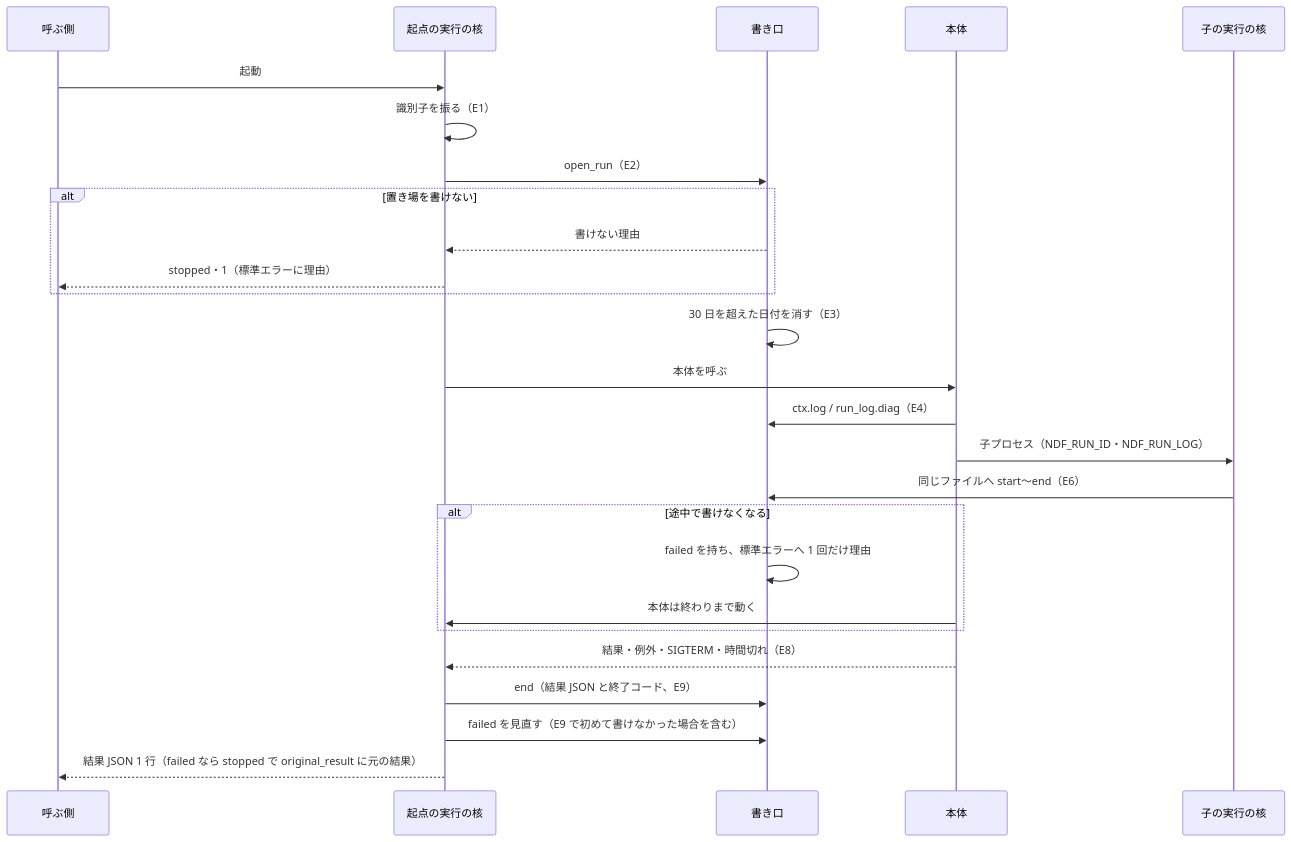
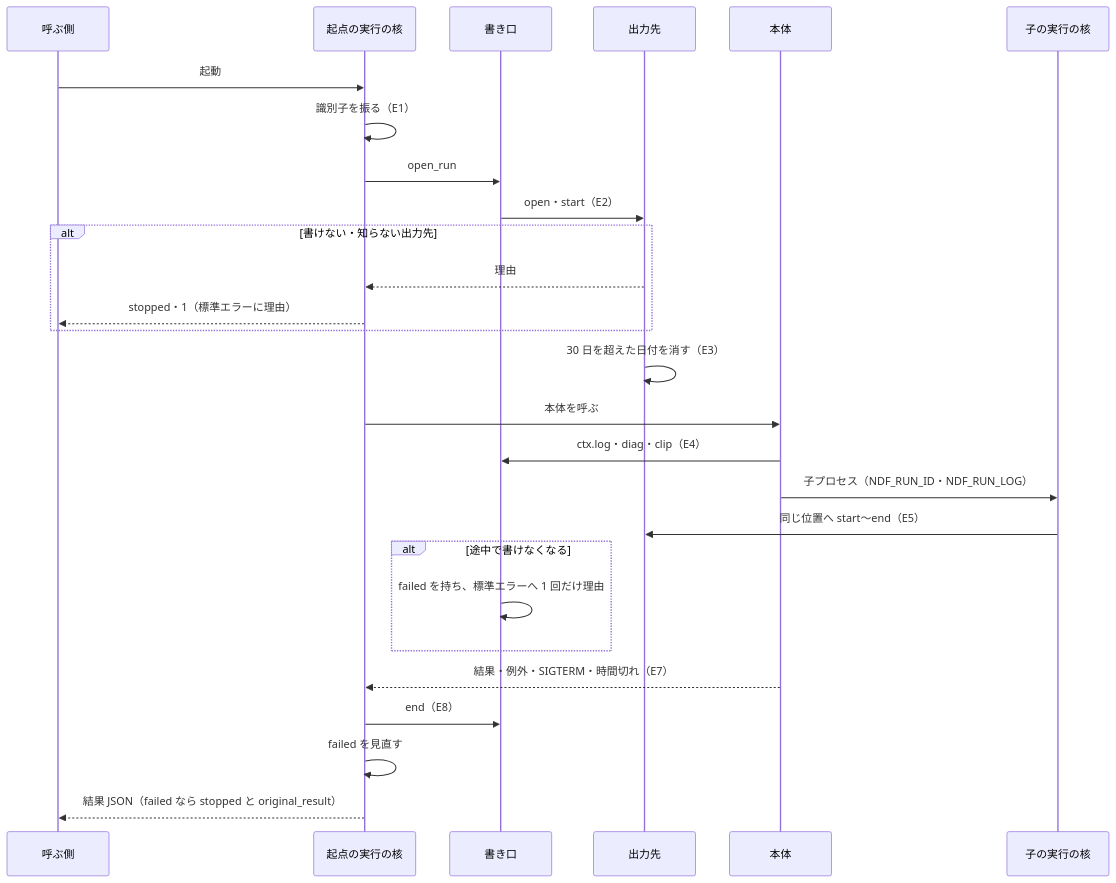
One commit to devbasex/ai-plugins changed the fourth of 5 diagrams in issues/issue-2338-design.md. Above: the diagram before and after it, drawn with Mermaid. The commit also changed other lines of this file and 1 other file, not shown here.

````diff
--- a/issues/issue-2338-design.md
+++ b/issues/issue-2338-design.md
@@ -318,28 +389,29 @@
 ```mermaid
 sequenceDiagram
     participant C as 呼ぶ側
     participant K as 起点の実行の核
     participant W as 書き口
+    participant F as 出力先
     participant B as 本体
     participant S as 子の実行の核
     C->>K: 起動
     K->>K: 識別子を振る（E1）
-    K->>W: open_run（E2）
-    alt 置き場を書けない
-        W-->>K: 書けない理由
+    K->>W: open_run
+    W->>F: open・start（E2）
+    alt 書けない・知らない出力先
+        F-->>K: 理由
         K-->>C: stopped・1（標準エラーに理由）
     end
-    W->>W: 30 日を超えた日付を消す（E3）
+    F->>F: 30 日を超えた日付を消す（E3）
     K->>B: 本体を呼ぶ
-    B->>W: ctx.log / run_log.diag（E4）
+    B->>W: ctx.log・diag・clip（E4）
     B->>S: 子プロセス（NDF_RUN_ID・NDF_RUN_LOG）
-    S->>W: 同じファイルへ start〜end（E6）
+    S->>F: 同じ位置へ start〜end（E5）
     alt 途中で書けなくなる
         W->>W: failed を持ち、標準エラーへ 1 回だけ理由
-        B->>K: 本体は終わりまで動く
     end
-    B-->>K: 結果・例外・SIGTERM・時間切れ（E8）
-    K->>W: end（結果 JSON と終了コード、E9）
-    K->>W: failed を見直す（E9 で初めて書けなかった場合を含む）
-    K-->>C: 結果 JSON 1 行（failed なら stopped で original_result に元の結果）
+    B-->>K: 結果・例外・SIGTERM・時間切れ（E7）
+    K->>W: end（E8）
+    K->>K: failed を見直す
+    K-->>C: 結果 JSON（failed なら stopped と original_result）
 ```
````
